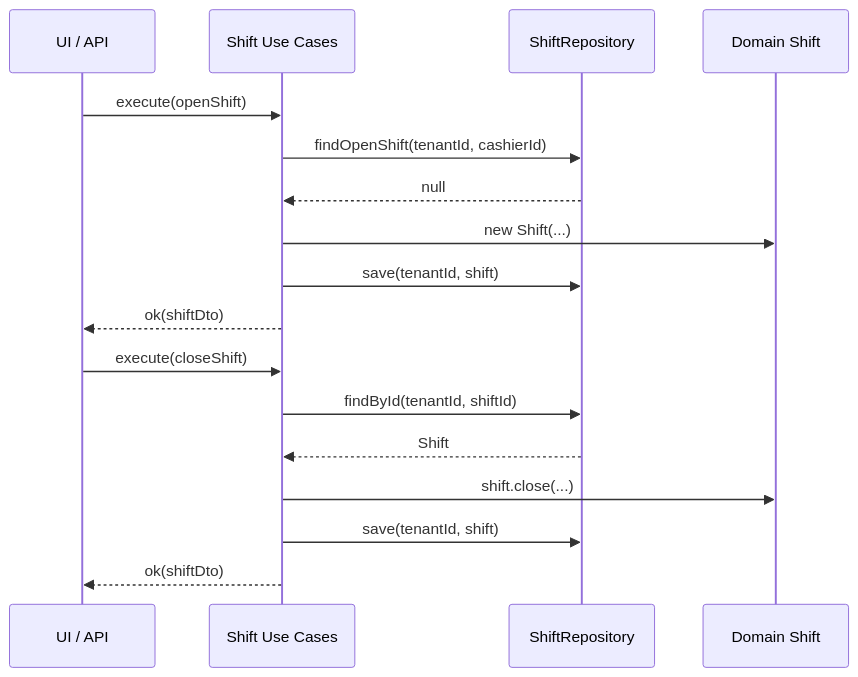
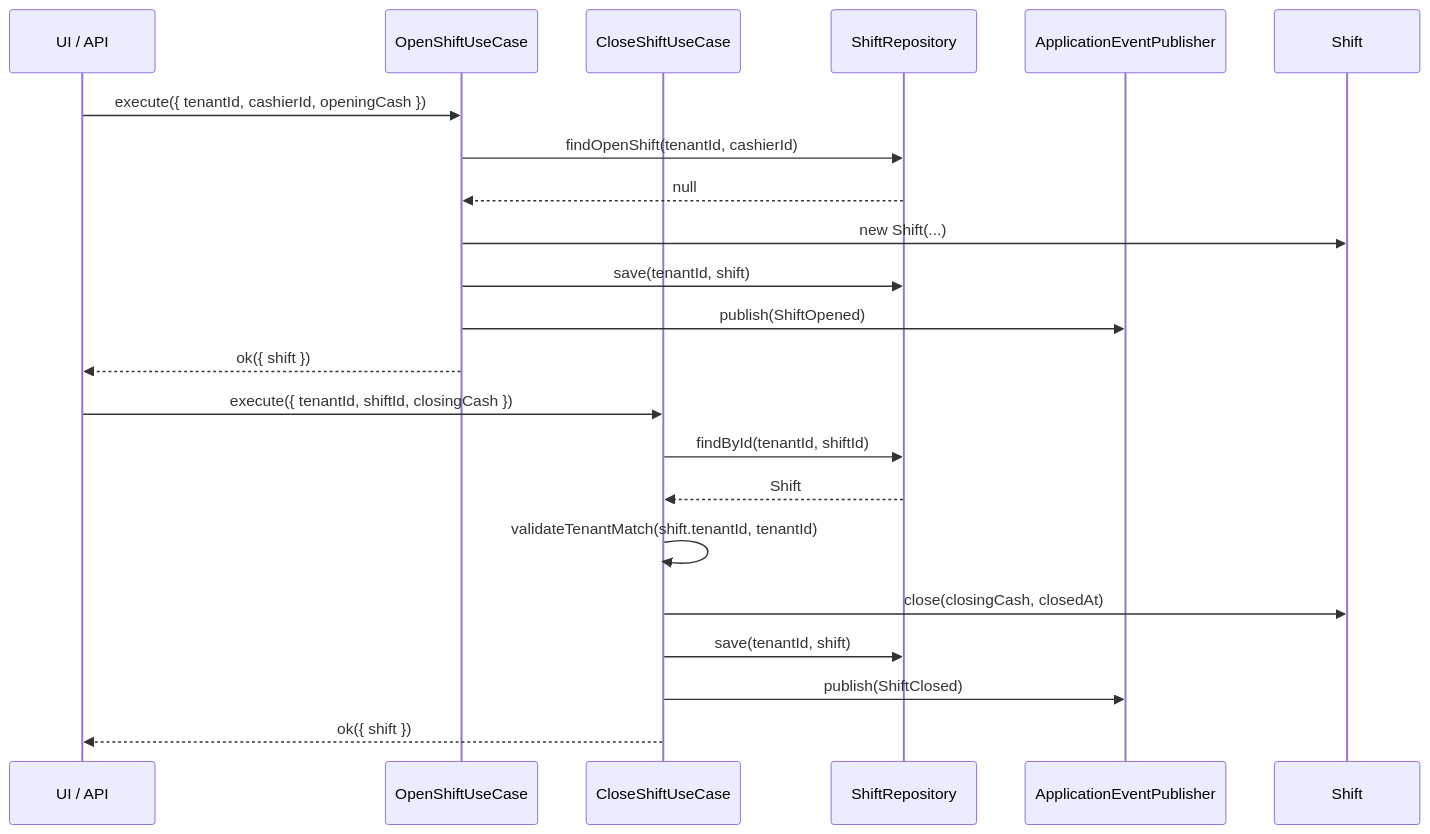
One commit to AASH2909/ff changed the fourth of 5 diagrams in docs/application-layer.md. Above: the diagram before and after it, drawn with Mermaid. The commit also changed other lines of this file and 40 other files, not shown here.

````diff
--- a/docs/application-layer.md
+++ b/docs/application-layer.md
@@ -141,21 +176,26 @@
 ```mermaid
 sequenceDiagram
-    participant UI as UI / API
-    participant UC as Shift Use Cases
-    participant SR as ShiftRepository
-    participant DM as Domain Shift
+    participant Client as UI / API
+    participant Open as OpenShiftUseCase
+    participant Close as CloseShiftUseCase
+    participant Repo as ShiftRepository
+    participant Events as ApplicationEventPublisher
+    participant Domain as Shift
 
-    UI->>UC: execute(openShift)
-    UC->>SR: findOpenShift(tenantId, cashierId)
-    SR-->>UC: null
-    UC->>DM: new Shift(...)
-    UC->>SR: save(tenantId, shift)
-    UC-->>UI: ok(shiftDto)
+    Client->>Open: execute({ tenantId, cashierId, openingCash })
+    Open->>Repo: findOpenShift(tenantId, cashierId)
+    Repo-->>Open: null
+    Open->>Domain: new Shift(...)
+    Open->>Repo: save(tenantId, shift)
+    Open->>Events: publish(ShiftOpened)
+    Open-->>Client: ok({ shift })
 
-    UI->>UC: execute(closeShift)
-    UC->>SR: findById(tenantId, shiftId)
-    SR-->>UC: Shift
-    UC->>DM: shift.close(...)
-    UC->>SR: save(tenantId, shift)
-    UC-->>UI: ok(shiftDto)
+    Client->>Close: execute({ tenantId, shiftId, closingCash })
+    Close->>Repo: findById(tenantId, shiftId)
+    Repo-->>Close: Shift
+    Close->>Close: validateTenantMatch(shift.tenantId, tenantId)
+    Close->>Domain: close(closingCash, closedAt)
+    Close->>Repo: save(tenantId, shift)
+    Close->>Events: publish(ShiftClosed)
+    Close-->>Client: ok({ shift })
 ```
````
